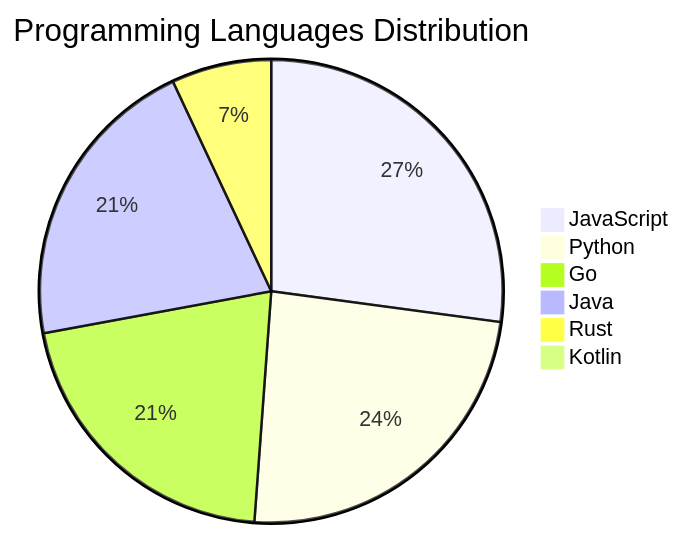
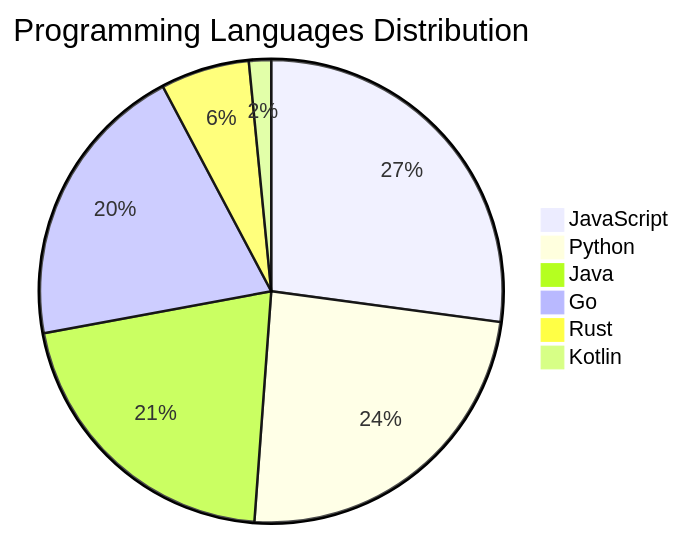
Before and after one commit to Derrick-MUGISHA/github-activity-bot: the diagram in README.md, drawn with Mermaid. The commit also changed other lines of this file and 4 other files, not shown here.

````diff
--- a/README.md
+++ b/README.md
@@ -206,9 +206,9 @@
 ```mermaid
 pie title Programming Languages Distribution
     "JavaScript" : 35
     "Python" : 31
-    "Go" : 27
     "Java" : 27
-    "Rust" : 9
-    "Kotlin" : 1
+    "Go" : 26
+    "Rust" : 8
+    "Kotlin" : 2
 ```
````
